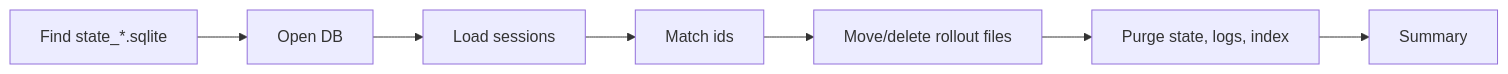
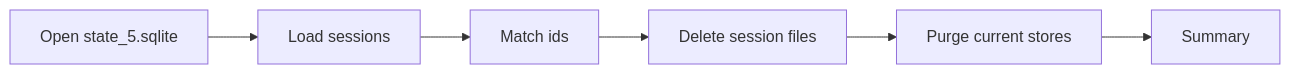
Before and after one commit to lemonbu5h/dexcow: the sixth of 6 diagrams in docs/architecture.md, drawn with Mermaid. The commit also changed other lines of this file and 30 other files, not shown here.

````diff
--- a/docs/architecture.md
+++ b/docs/architecture.md
@@ -61,9 +75,8 @@
 ```mermaid
 flowchart LR
-  A["Find state_*.sqlite"] --> B["Open DB"]
-  B --> C["Load sessions"]
-  C --> D["Match ids"]
-  D --> E["Move/delete rollout files"]
-  E --> F["Purge state, logs, index"]
+  A["Open state_5.sqlite"] --> B["Load sessions"]
+  B --> D["Match ids"]
+  D --> E["Delete session files"]
+  E --> F["Purge current stores"]
   F --> G["Summary"]
 ```
````
